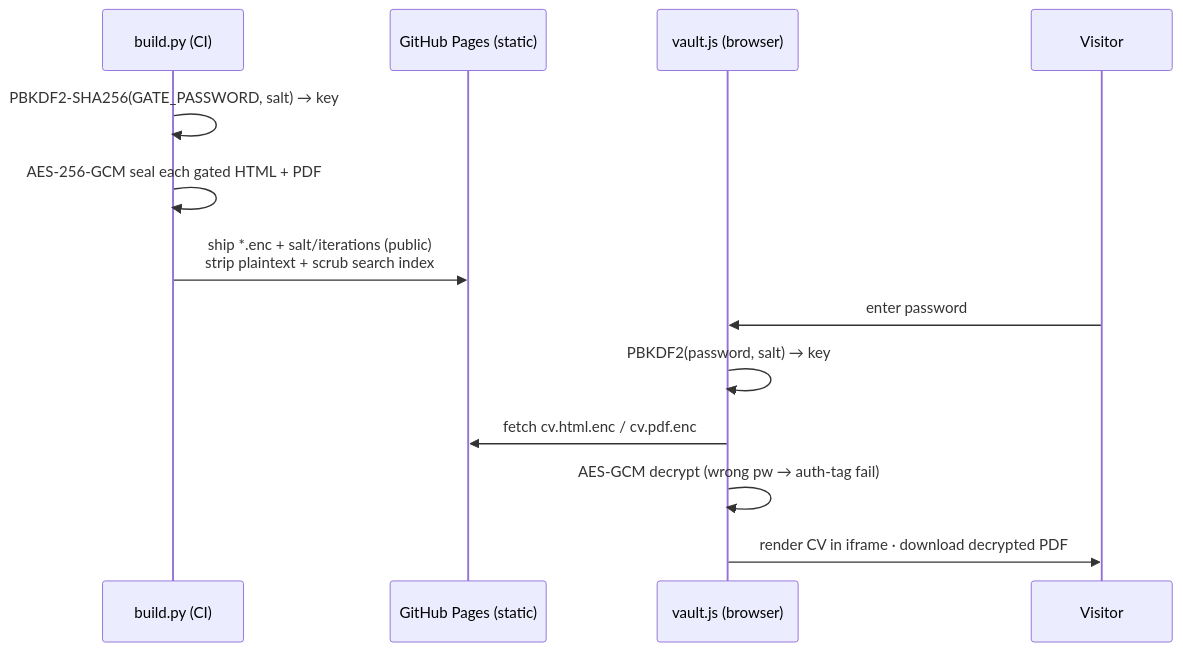
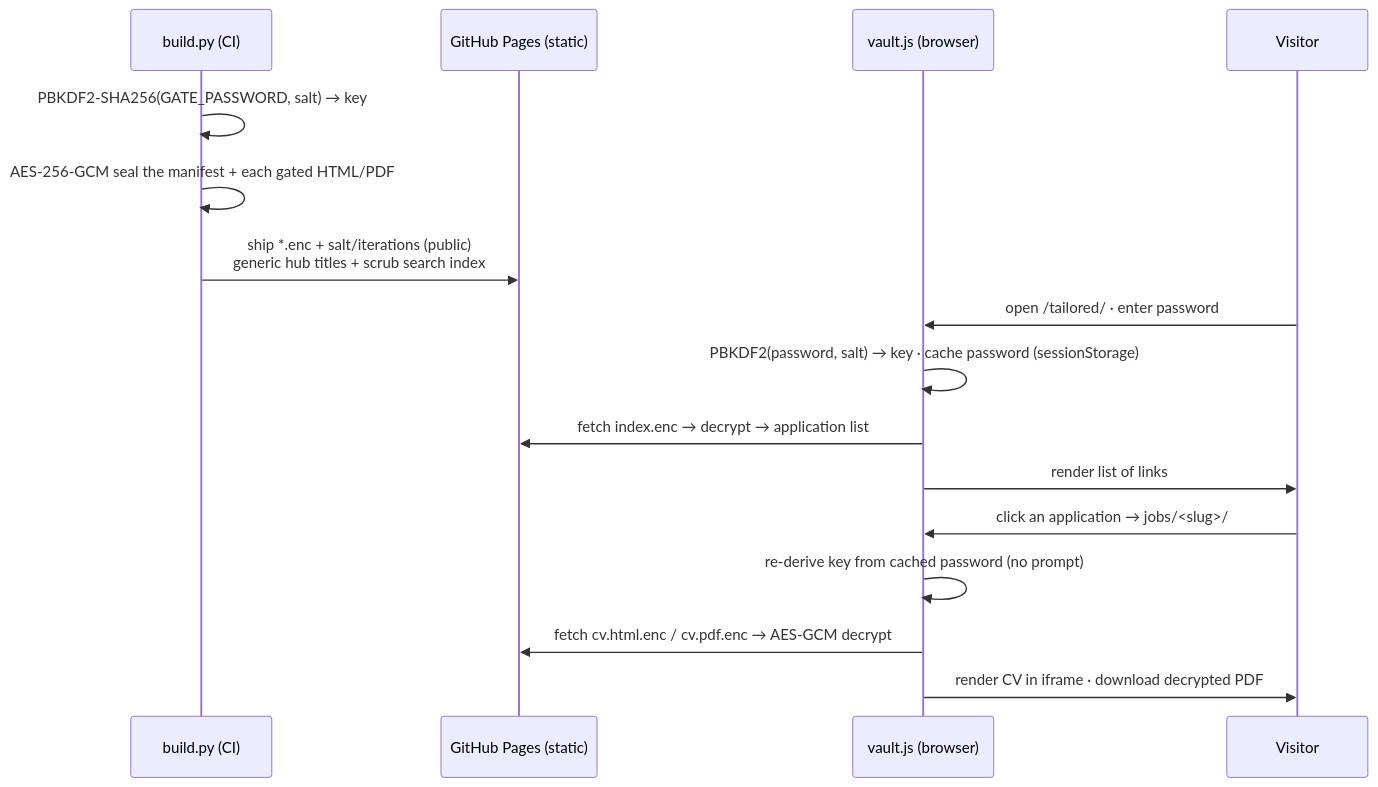
One commit to radheem/my-cv changed the third of 3 diagrams in docs/architecture.md. Above: the diagram before and after it, drawn with Mermaid. The commit also changed other lines of this file and 1 other file, not shown here.

Commit message:
Docs: describe the single Tailored sign-in gate + sign-in-once flow

````diff
--- a/docs/architecture.md
+++ b/docs/architecture.md
@@ -82,16 +84,19 @@
 ```mermaid
 sequenceDiagram
     participant CI as build.py (CI)
     participant Pages as GitHub Pages (static)
     participant JS as vault.js (browser)
     participant U as Visitor
 
     CI->>CI: PBKDF2-SHA256(GATE_PASSWORD, salt) → key
-    CI->>CI: AES-256-GCM seal each gated HTML + PDF
-    CI->>Pages: ship *.enc + salt/iterations (public)<br/>strip plaintext + scrub search index
-    U->>JS: enter password
-    JS->>JS: PBKDF2(password, salt) → key
-    JS->>Pages: fetch cv.html.enc / cv.pdf.enc
-    JS->>JS: AES-GCM decrypt (wrong pw → auth-tag fail)
+    CI->>CI: AES-256-GCM seal the manifest + each gated HTML/PDF
+    CI->>Pages: ship *.enc + salt/iterations (public)<br/>generic hub titles + scrub search index
+    U->>JS: open /tailored/ · enter password
+    JS->>JS: PBKDF2(password, salt) → key · cache password (sessionStorage)
+    JS->>Pages: fetch index.enc → decrypt → application list
+    JS->>U: render list of links
+    U->>JS: click an application → jobs/<slug>/
+    JS->>JS: re-derive key from cached password (no prompt)
+    JS->>Pages: fetch cv.html.enc / cv.pdf.enc → AES-GCM decrypt
     JS->>U: render CV in iframe · download decrypted PDF
 ```
````
